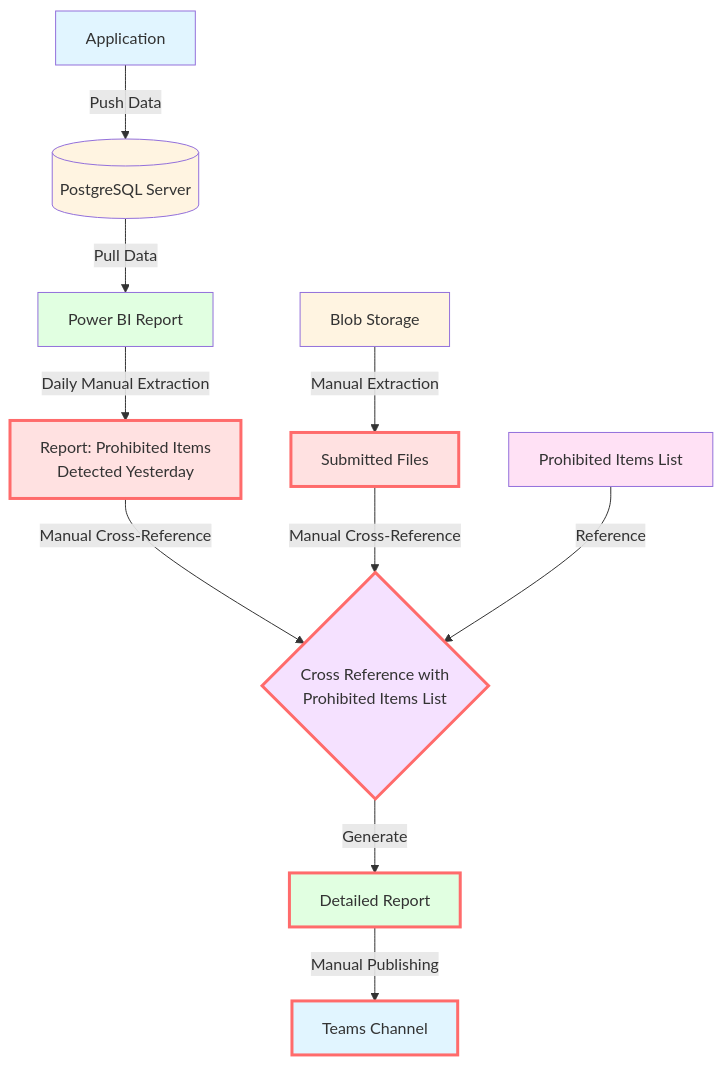
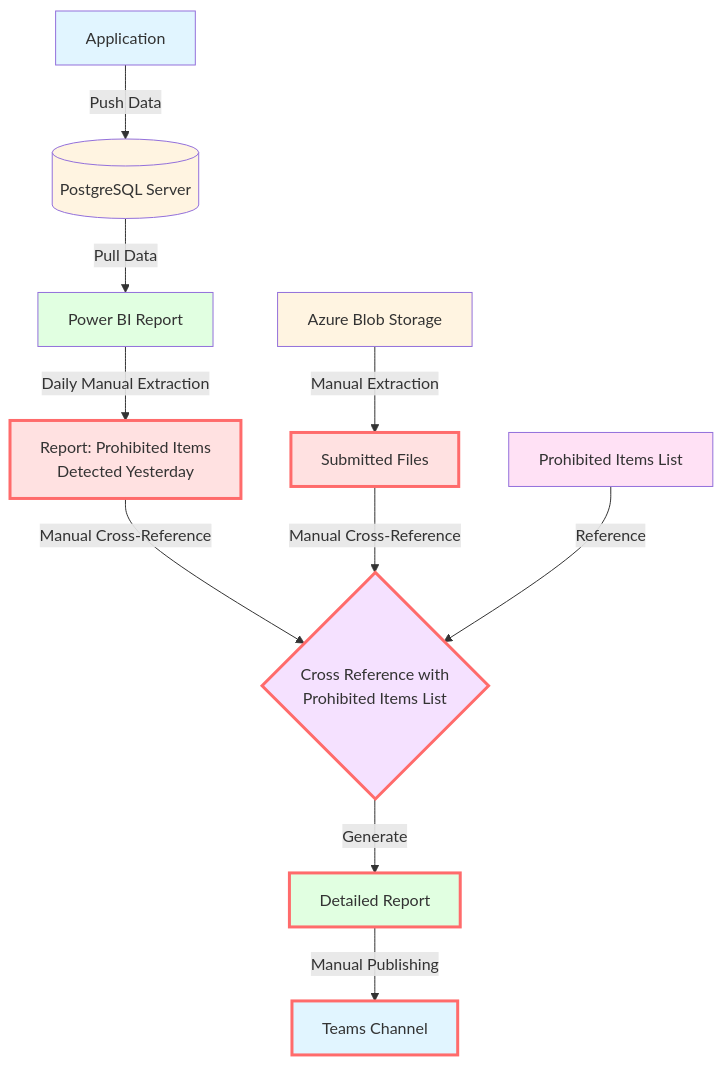
Before and after one commit to david-pizzi-cg/agentic-compliance-qa: the first of 2 diagrams in README.md, drawn with Mermaid. The commit also changed other lines of this file and 6 other files, not shown here.

First line of the commit message:
Update documentation and reports with ineligible item terminology and improved POC architecture diagram

````diff
--- a/README.md
+++ b/README.md
@@ -15,26 +15,26 @@
 ```mermaid
 flowchart TD
     A[Application] -->|Push Data| B[(PostgreSQL Server)]
     B -->|Pull Data| C[Power BI Report]
     C-->|Daily Manual Extraction| D[Report: Prohibited Items<br/>Detected Yesterday]
-    E[Blob Storage] -->|Manual Extraction| F[Submitted Files]
+    E[Azure Blob Storage] -->|Manual Extraction| F[Submitted Files]
     D -->|Manual Cross-Reference| G{Cross Reference with<br/>Prohibited Items List}
     F -->|Manual Cross-Reference| G
     H[Prohibited Items List] -->|Reference| G
     G -->|Generate| I[Detailed Report]
     I -->|Manual Publishing| J[Teams Channel]
     
     style A fill:#e1f5ff
     style B fill:#fff4e1
     style C fill:#e1ffe1
     style D fill:#ffe1e1
     style E fill:#fff4e1
     style F fill:#ffe1e1
     style G fill:#f5e1ff
     style H fill:#ffe1f5
     style I fill:#e1ffe1
     style J fill:#e1f5ff
     
     classDef manual fill:#ffe1e1,stroke:#ff6b6b,stroke-width:3px
     class D,F,G,I,J manual
 ```
````
